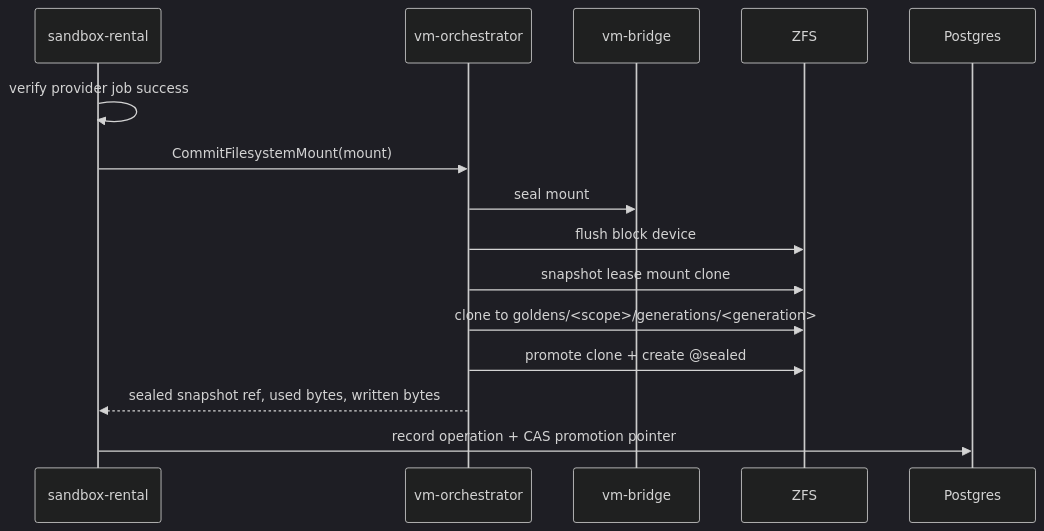
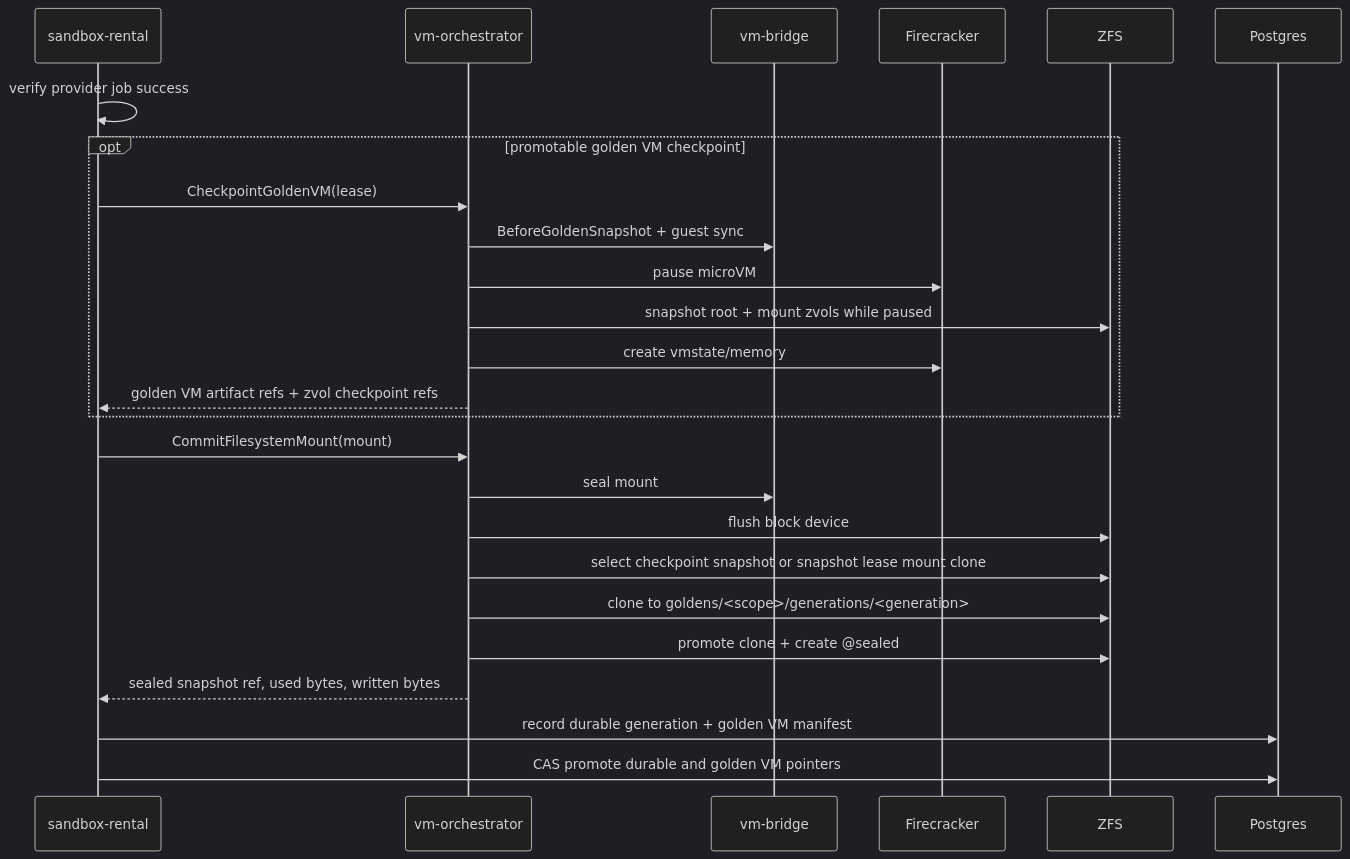
Before and after one commit to guardian-intelligence/verself: the fifth of 6 diagrams in src/substrate/vm-orchestrator/docs/zfs-volume-lifecycle.md, drawn with Mermaid (dark theme). The commit also changed other lines of this file and 14 other files, not shown here.

Commit message:
Document golden VM snapshot artifacts

````diff
--- a/src/substrate/vm-orchestrator/docs/zfs-volume-lifecycle.md
+++ b/src/substrate/vm-orchestrator/docs/zfs-volume-lifecycle.md
@@ -113,18 +119,28 @@
 ```mermaid
 sequenceDiagram
     participant SR as sandbox-rental
     participant VMO as vm-orchestrator
     participant VB as vm-bridge
+    participant FC as Firecracker
     participant ZFS as ZFS
     participant PG as Postgres
 
     SR->>SR: verify provider job success
+    opt promotable golden VM checkpoint
+        SR->>VMO: CheckpointGoldenVM(lease)
+        VMO->>VB: BeforeGoldenSnapshot + guest sync
+        VMO->>FC: pause microVM
+        VMO->>ZFS: snapshot root + mount zvols while paused
+        VMO->>FC: create vmstate/memory
+        VMO-->>SR: golden VM artifact refs + zvol checkpoint refs
+    end
     SR->>VMO: CommitFilesystemMount(mount)
     VMO->>VB: seal mount
     VMO->>ZFS: flush block device
-    VMO->>ZFS: snapshot lease mount clone
+    VMO->>ZFS: select checkpoint snapshot or snapshot lease mount clone
     VMO->>ZFS: clone to goldens/<scope>/generations/<generation>
     VMO->>ZFS: promote clone + create @sealed
     VMO-->>SR: sealed snapshot ref, used bytes, written bytes
-    SR->>PG: record operation + CAS promotion pointer
+    SR->>PG: record durable generation + golden VM manifest
+    SR->>PG: CAS promote durable and golden VM pointers
 ```
````
